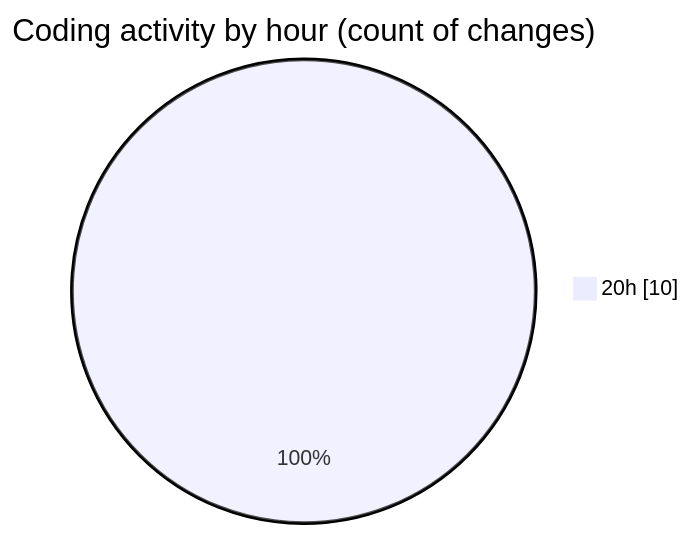
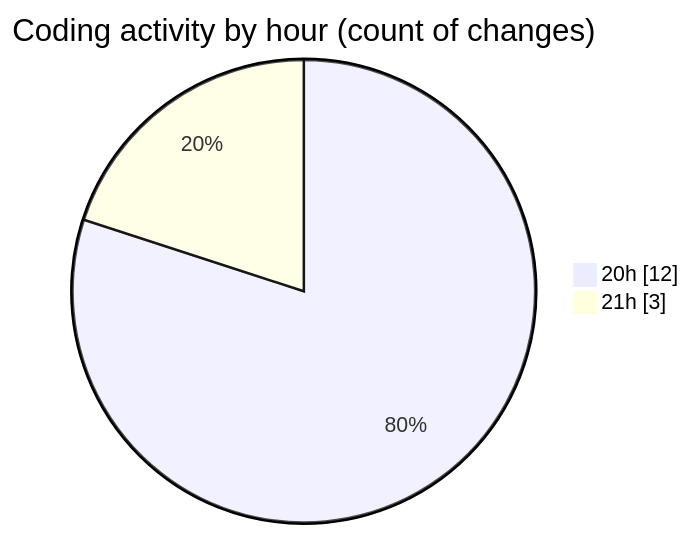
The second of 2 diagrams in 2025-02-13/portofolio/README.md (donsfak/code-tracking), drawn with Mermaid before and after one commit. The commit also changed other lines of this file and 1 other file, not shown here.

````diff
--- a/2025-02-13/portofolio/README.md
+++ b/2025-02-13/portofolio/README.md
@@ -30,5 +30,6 @@
 ```mermaid
 pie showData
 title Coding activity by hour (count of changes)
-"20h" : 10
+"20h" : 12
+"21h" : 3
 ```
````
